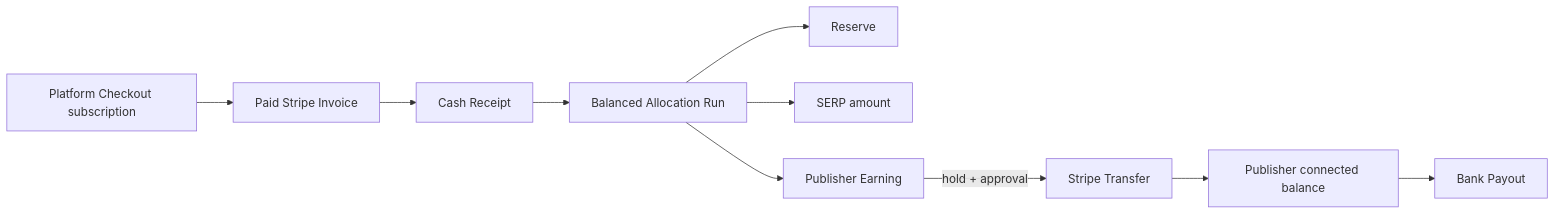
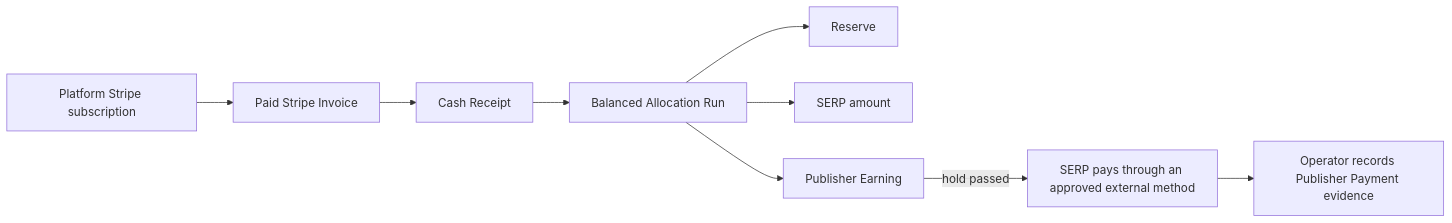
One commit to serpcompany/serp-pass changed the diagram in docs/mvp/MONEY_MODEL.md. Above: the diagram before and after it, drawn with Mermaid. The commit also changed other lines of this file and 27 other files, not shown here.

Commit message:
feat: simplify publisher payment operations

````diff
--- a/docs/mvp/MONEY_MODEL.md
+++ b/docs/mvp/MONEY_MODEL.md
@@ -13,12 +13,11 @@
 ```mermaid
 flowchart LR
-    Checkout["Platform Checkout subscription"] --> Invoice["Paid Stripe Invoice"]
+    Checkout["Platform Stripe subscription"] --> Invoice["Paid Stripe Invoice"]
     Invoice --> Receipt["Cash Receipt"]
     Receipt --> Allocation["Balanced Allocation Run"]
     Allocation --> Reserve["Reserve"]
     Allocation --> Platform["SERP amount"]
     Allocation --> Earning["Publisher Earning"]
-    Earning -->|"hold + approval"| Transfer["Stripe Transfer"]
-    Transfer --> Connected["Publisher connected balance"]
-    Connected --> Payout["Bank Payout"]
+    Earning -->|"hold passed"| External["SERP pays through an approved external method"]
+    External --> Evidence["Operator records Publisher Payment evidence"]
 ```
````
